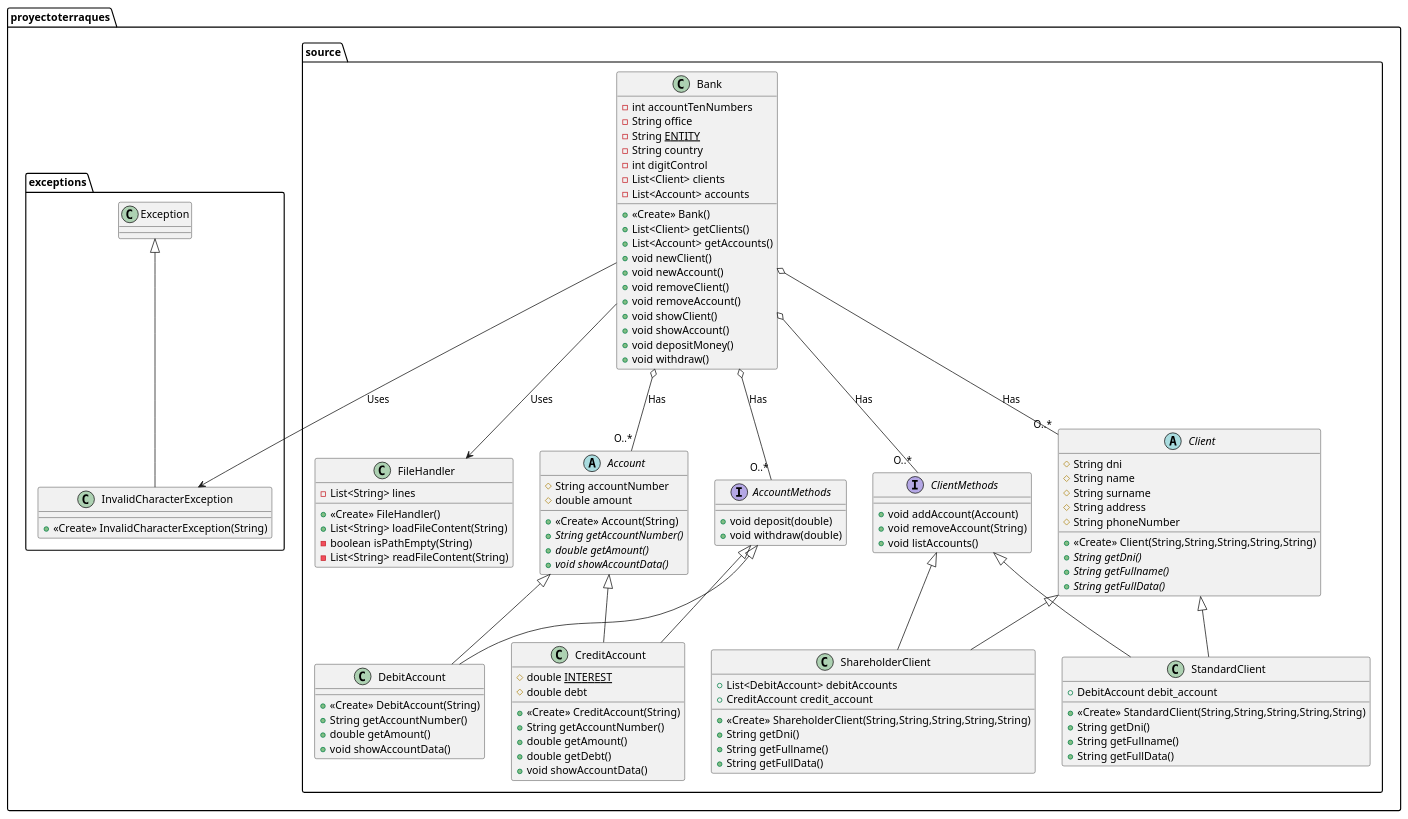
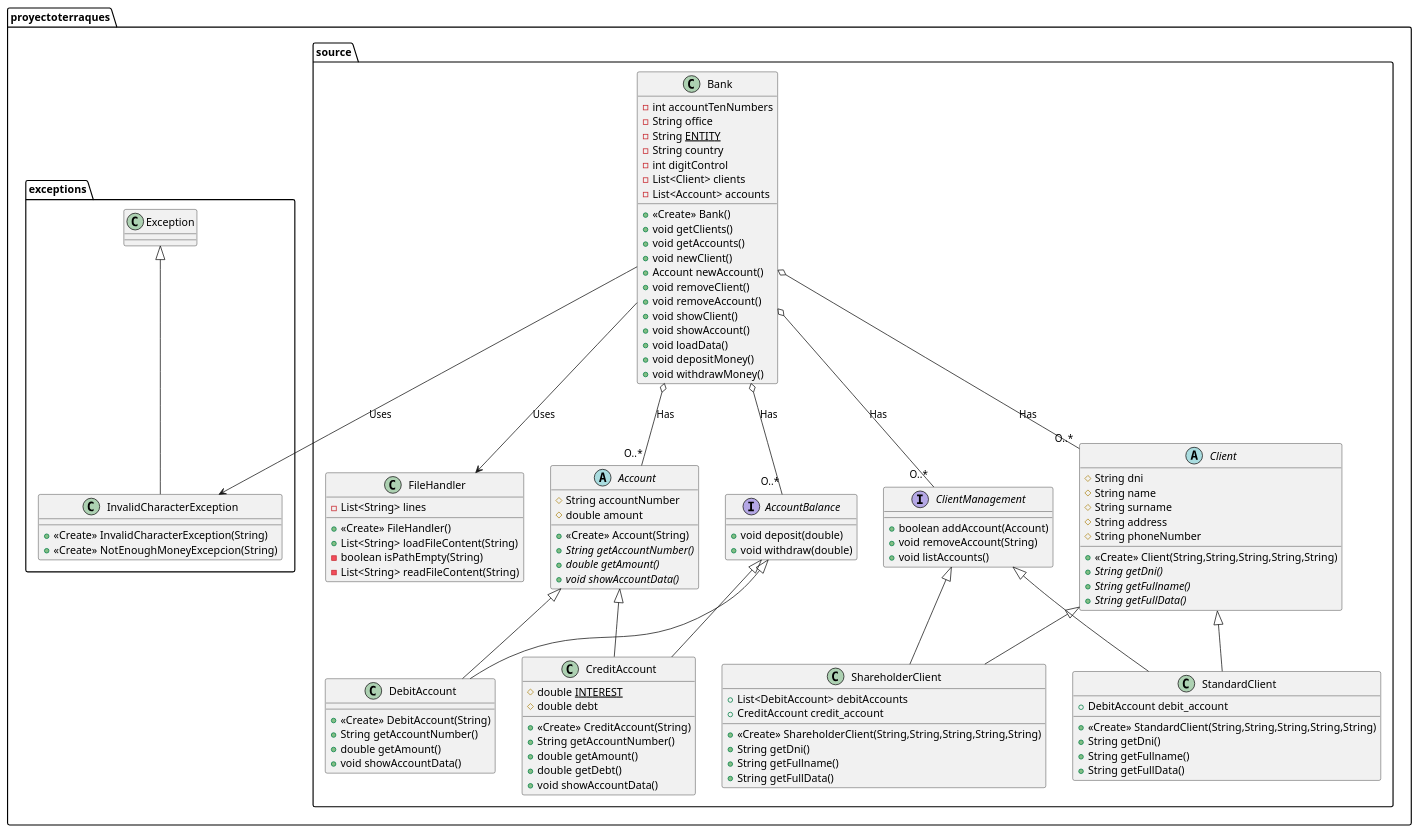
The diagram in proyectoTerraques/src/proyectoterraques/docs/diagram.puml (eabol/awesome-projects-prograii), drawn with PlantUML before and after one commit. The commit also changed 30 other files, not shown here.

```diff
--- a/proyectoTerraques/src/proyectoterraques/docs/diagram.puml
+++ b/proyectoTerraques/src/proyectoterraques/docs/diagram.puml
@@ -1,132 +1,137 @@
 @startuml
 
 
 class proyectoterraques.source.Bank {
 - int accountTenNumbers
 - String office
 - String <u>ENTITY</u>
 - String country
 - int digitControl
 - List<Client> clients
 - List<Account> accounts
 + <<Create>> Bank()
-+ List<Client> getClients()
-+ List<Account> getAccounts()
++ void getClients()
++ void getAccounts()
 + void newClient()
-+ void newAccount()
++ Account newAccount()
 + void removeClient()
 + void removeAccount()
 + void showClient()
 + void showAccount()
++ void loadData()
 + void depositMoney()
-+ void withdraw()
++ void withdrawMoney()
 
 }
 
 abstract class proyectoterraques.source.Client {
 # String dni
 # String name
 # String surname
 # String address
 # String phoneNumber
 + <<Create>> Client(String,String,String,String,String)
 + {abstract}String getDni()
 + {abstract}String getFullname()
 + {abstract}String getFullData()
 }
 
 class proyectoterraques.source.ShareholderClient {
 + <<Create>> ShareholderClient(String,String,String,String,String)
 + String getDni()
 + String getFullname()
 + String getFullData()
 + List<DebitAccount> debitAccounts
 + CreditAccount credit_account
 }
 
 class proyectoterraques.source.StandardClient {
 + <<Create>> StandardClient(String,String,String,String,String)
 + String getDni()
 + String getFullname()
 + String getFullData()
 + DebitAccount debit_account
 }
 
 abstract class proyectoterraques.source.Account {
 #  String accountNumber
 #  double amount
 + <<Create>> Account(String)
 + {abstract} String getAccountNumber()
 + {abstract} double getAmount()
 + {abstract} void showAccountData()
 
 }
 
-interface proyectoterraques.source.AccountMethods {
+interface proyectoterraques.source.AccountBalance {
 + void deposit(double)
 + void withdraw(double)
 
 
 }
 
-interface proyectoterraques.source.ClientMethods {
-+void addAccount(Account)
+interface proyectoterraques.source.ClientManagement {
++boolean addAccount(Account)
 +void removeAccount(String)
 +void listAccounts()
 
 }
 
 class proyectoterraques.source.DebitAccount {
 + <<Create>> DebitAccount(String)
 + String getAccountNumber()
 + double getAmount()
 + void showAccountData()
 
 
 }
 
 class proyectoterraques.source.CreditAccount {
 # double <u>INTEREST</u>
 # double debt
 + <<Create>> CreditAccount(String)
 + String getAccountNumber()
 + double getAmount()
 + double getDebt()
 + void showAccountData()
 
 
 }
 
 class proyectoterraques.source.FileHandler {
 - List<String> lines
 + <<Create>> FileHandler()
 + List<String> loadFileContent(String)
 - boolean isPathEmpty(String)
 - List<String> readFileContent(String)
 }
 
 class proyectoterraques.exceptions.Exception{
 
 }
 
+
+
 class proyectoterraques.exceptions.InvalidCharacterException{
 + <<Create>> InvalidCharacterException(String)
++ <<Create>> NotEnoughMoneyExcepcion(String)
+
 
 }
 
 proyectoterraques.source.Bank o-- "O..*" proyectoterraques.source.Account : Has
 proyectoterraques.source.Bank o-- "O..*" proyectoterraques.source.Client : Has
-proyectoterraques.source.Bank o-- "O..*" proyectoterraques.source.AccountMethods : Has
-proyectoterraques.source.Bank o-- "O..*" proyectoterraques.source.ClientMethods : Has
+proyectoterraques.source.Bank o-- "O..*" proyectoterraques.source.AccountBalance : Has
+proyectoterraques.source.Bank o-- "O..*" proyectoterraques.source.ClientManagement : Has
 proyectoterraques.source.Client <|-- proyectoterraques.source.ShareholderClient
-proyectoterraques.source.ClientMethods <|-- proyectoterraques.source.ShareholderClient
+proyectoterraques.source.ClientManagement <|-- proyectoterraques.source.ShareholderClient
 proyectoterraques.source.Account <|-- proyectoterraques.source.DebitAccount
-proyectoterraques.source.AccountMethods <|-- proyectoterraques.source.DebitAccount
+proyectoterraques.source.AccountBalance <|-- proyectoterraques.source.DebitAccount
 proyectoterraques.source.Client <|-- proyectoterraques.source.StandardClient
-proyectoterraques.source.ClientMethods <|-- proyectoterraques.source.StandardClient
+proyectoterraques.source.ClientManagement <|-- proyectoterraques.source.StandardClient
 proyectoterraques.source.Account <|-- proyectoterraques.source.CreditAccount
-proyectoterraques.source.AccountMethods <|-- proyectoterraques.source.CreditAccount
+proyectoterraques.source.AccountBalance <|-- proyectoterraques.source.CreditAccount
 proyectoterraques.source.Bank --> proyectoterraques.source.FileHandler : Uses
 proyectoterraques.source.Bank --> proyectoterraques.exceptions.InvalidCharacterException : Uses
 proyectoterraques.exceptions.Exception <|-- proyectoterraques.exceptions.InvalidCharacterException
 @enduml
```
